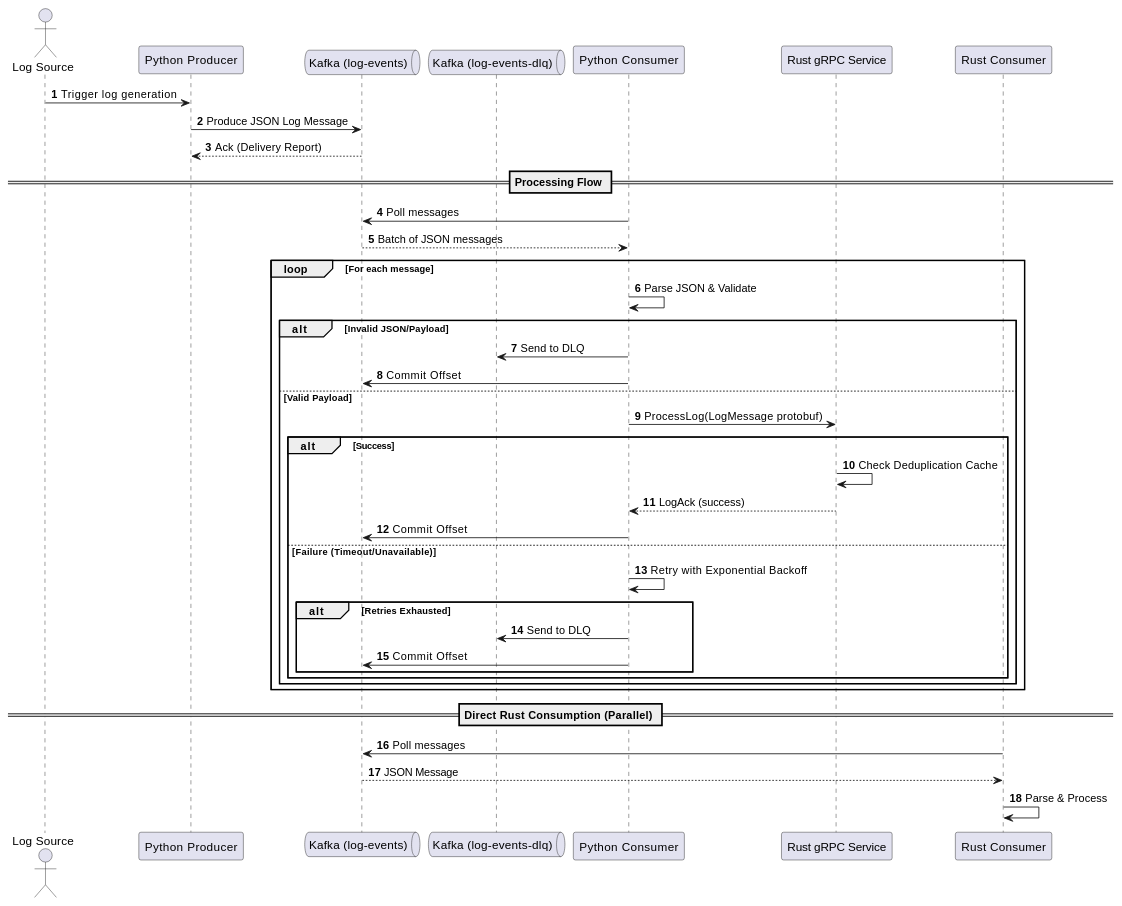
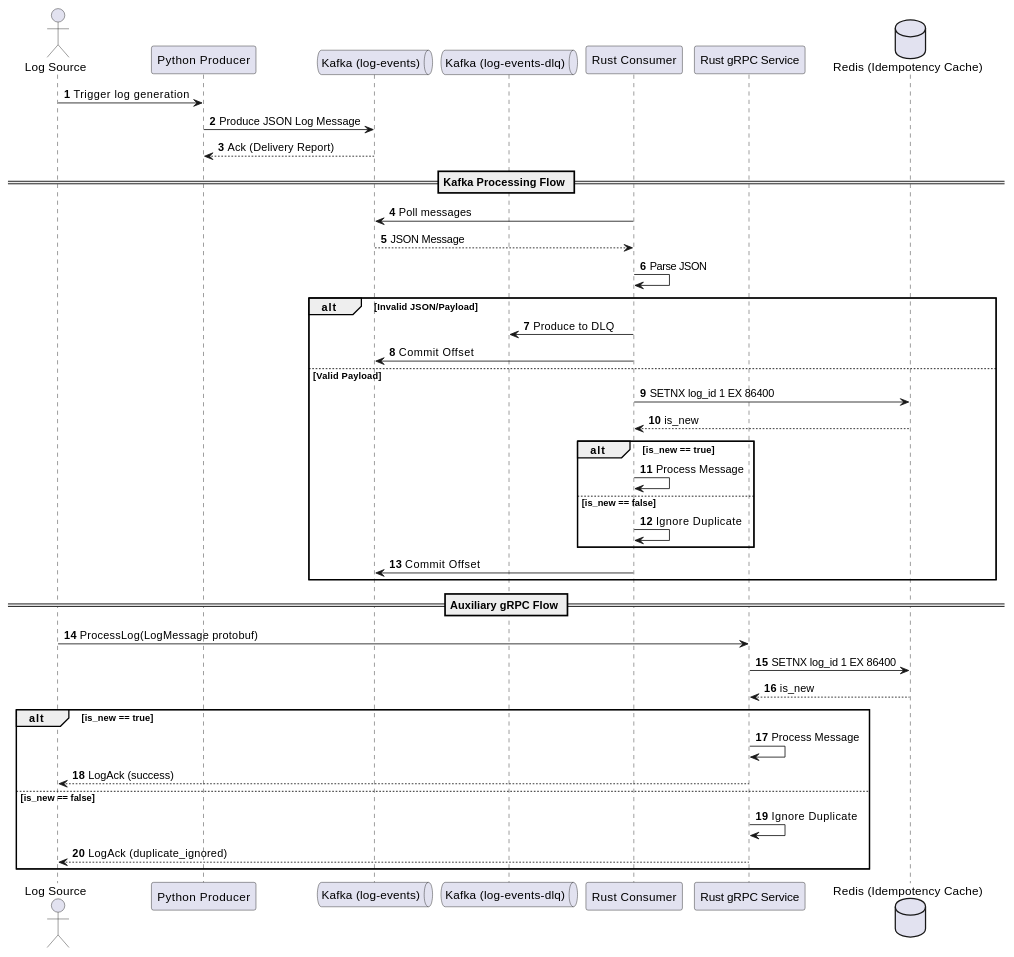
The diagram in m_queue_arch.md (Outlander101/message-queue), drawn with PlantUML before and after one commit. The commit also changed other lines of this file and 15 other files, not shown here.

First line of the commit message:
Consolidate architecture: Introduce Redis, remove Python bridge, update Rust consumer

````diff
--- a/m_queue_arch.md
+++ b/m_queue_arch.md
@@ -30,46 +28,47 @@
 ```plantuml
 @startuml
 autonumber
 actor "Log Source" as source
 participant "Python Producer" as prod
 queue "Kafka (log-events)" as kafka
 queue "Kafka (log-events-dlq)" as dlq
-participant "Python Consumer" as cons
+participant "Rust Consumer" as rcons
 participant "Rust gRPC Service" as grpc
-participant "Rust Consumer" as rcons
+database "Redis (Idempotency Cache)" as redis
 
 source -> prod : Trigger log generation
 prod -> kafka : Produce JSON Log Message
 kafka --> prod : Ack (Delivery Report)
 
-== Processing Flow ==
-kafka <- cons : Poll messages
-kafka --> cons : Batch of JSON messages
+== Kafka Processing Flow ==
+kafka <- rcons : Poll messages
+kafka --> rcons : JSON Message
 
-loop For each message
-    cons -> cons : Parse JSON & Validate
-    alt Invalid JSON/Payload
-        cons -> dlq : Send to DLQ
-        cons -> kafka : Commit Offset
-    else Valid Payload
-        cons -> grpc : ProcessLog(LogMessage protobuf)
-        alt Success
-            grpc -> grpc : Check Deduplication Cache
-            grpc --> cons : LogAck (success)
-            cons -> kafka : Commit Offset
-        else Failure (Timeout/Unavailable)
-            cons -> cons : Retry with Exponential Backoff
-            alt Retries Exhausted
-                cons -> dlq : Send to DLQ
-                cons -> kafka : Commit Offset
-            end
-        end
+rcons -> rcons : Parse JSON
+alt Invalid JSON/Payload
+    rcons -> dlq : Produce to DLQ
+    rcons -> kafka : Commit Offset
+else Valid Payload
+    rcons -> redis : SETNX log_id 1 EX 86400
+    redis --> rcons : is_new
+    alt is_new == true
+        rcons -> rcons : Process Message
+    else is_new == false
+        rcons -> rcons : Ignore Duplicate
     end
+    rcons -> kafka : Commit Offset
 end
 
-== Direct Rust Consumption (Parallel) ==
-kafka <- rcons : Poll messages
-kafka --> rcons : JSON Message
-rcons -> rcons : Parse & Process
+== Auxiliary gRPC Flow ==
+source -> grpc : ProcessLog(LogMessage protobuf)
+grpc -> redis : SETNX log_id 1 EX 86400
+redis --> grpc : is_new
+alt is_new == true
+    grpc -> grpc : Process Message
+    grpc --> source : LogAck (success)
+else is_new == false
+    grpc -> grpc : Ignore Duplicate
+    grpc --> source : LogAck (duplicate_ignored)
+end
 @enduml
 ```
````
